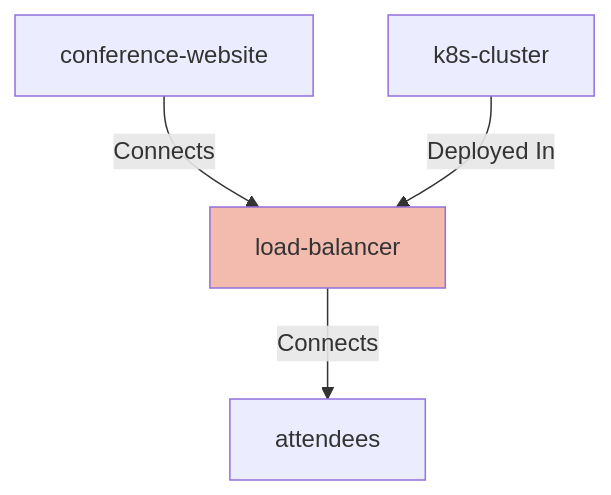
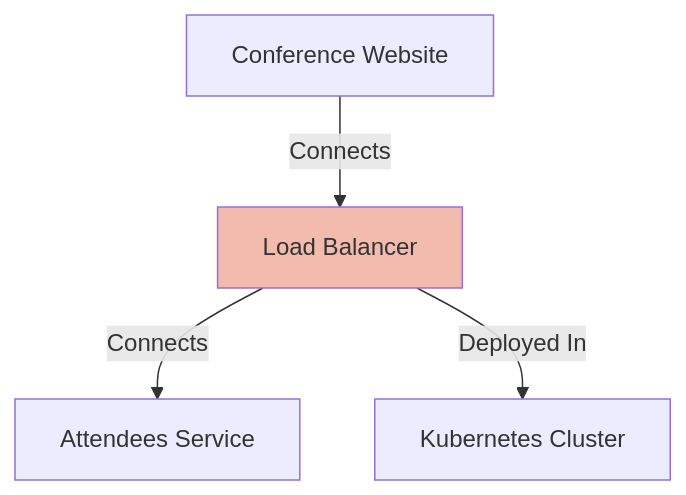
The first of 3 diagrams in calm-widgets/README.md (finos/architecture-as-code), drawn with Mermaid before and after one commit. The commit also changed other lines of this file and 61 other files, not shown here.

First line of the commit message:
fix(calm-widgets): resolve node names instead of raw ids in related-nodes diagrams (#2883)

````diff
--- a/calm-widgets/README.md
+++ b/calm-widgets/README.md
@@ -140,8 +141,8 @@
 ```mermaid
 graph TD;
-load-balancer[load-balancer]:::highlight;
-conference-website -- Connects --> load-balancer;
-load-balancer -- Connects --> attendees;
-k8s-cluster -- Deployed In --> load-balancer;
+load-balancer[Load Balancer]:::highlight;
+conference-website[Conference Website] -- Connects --> load-balancer[Load Balancer];
+load-balancer[Load Balancer] -- Connects --> attendees[Attendees Service];
+load-balancer[Load Balancer] -- Deployed In --> k8s-cluster[Kubernetes Cluster];
 classDef highlight fill:#f2bbae;
 ```
````
